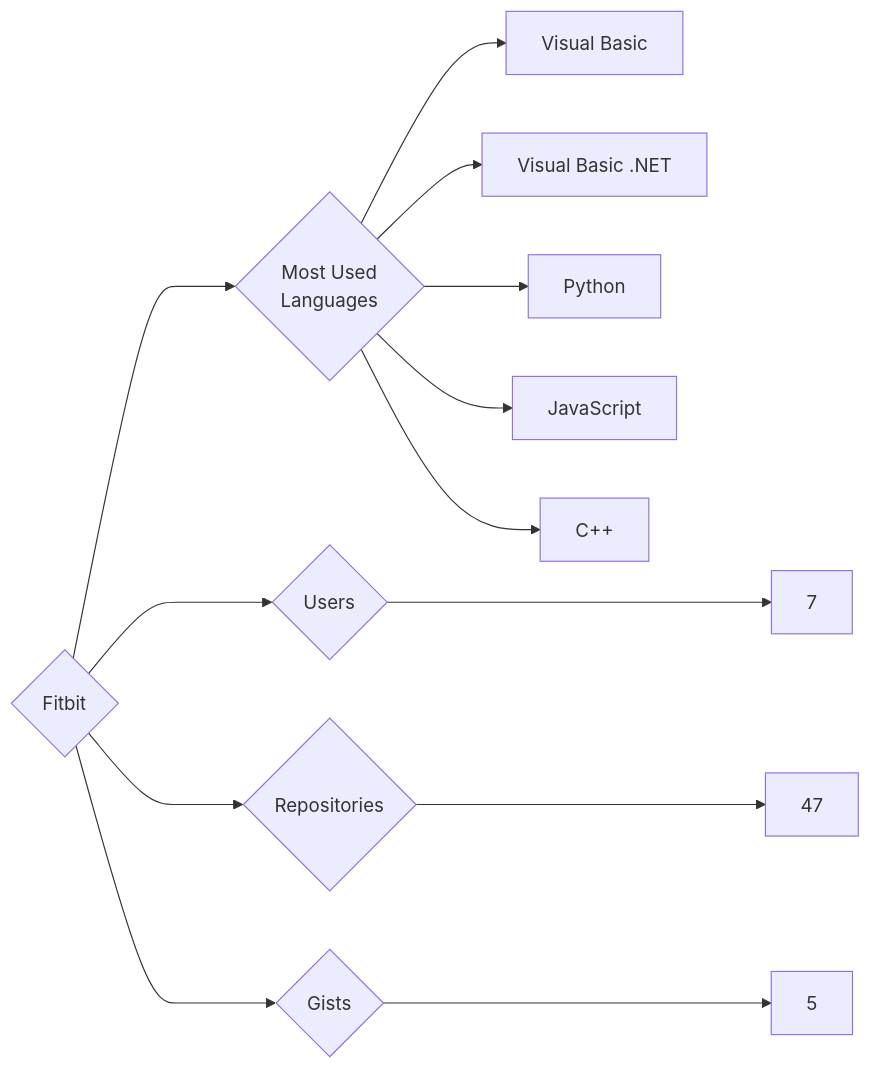
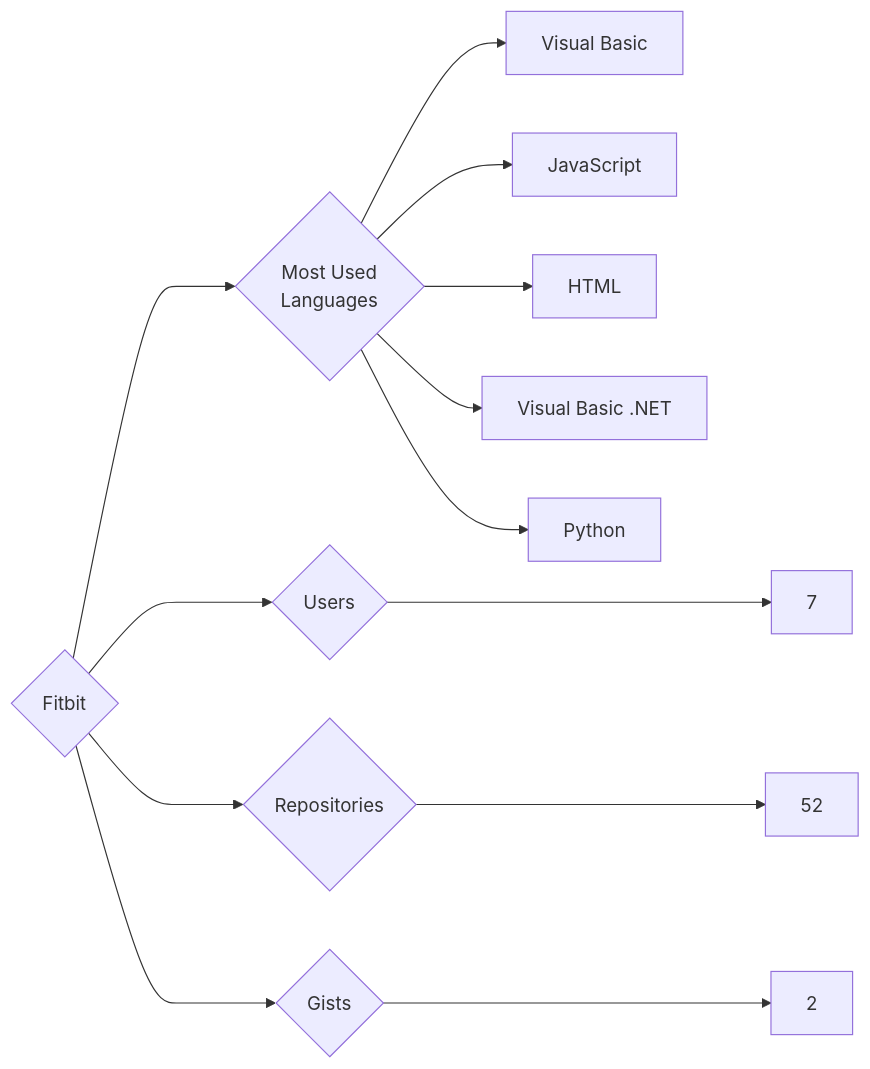
Before and after one commit to trickest/insiders: the diagram in targets/Fitbit/README.md, drawn with Mermaid. The commit also changed 985 other files, not shown here.

````diff
--- a/targets/Fitbit/README.md
+++ b/targets/Fitbit/README.md
@@ -3,13 +3,13 @@
 ```mermaid
 graph LR
 COMPANY_NAME{Fitbit}
 COMPANY_NAME ---> U{Users} ---> UN[7]
-COMPANY_NAME ---> R{Repositories} ---> RN[47]
-COMPANY_NAME ---> G{Gists} ---> GN[5]
+COMPANY_NAME ---> R{Repositories} ---> RN[52]
+COMPANY_NAME ---> G{Gists} ---> GN[2]
 COMPANY_NAME ---> ML{Most Used<br>Languages}
 ML --> Visual_Basic[Visual Basic]
+ML --> JavaScript[JavaScript]
+ML --> HTML[HTML]
 ML --> Visual_Basic_.NET[Visual Basic .NET]
 ML --> Python[Python]
-ML --> JavaScript[JavaScript]
-ML --> C++[C++]
 ```
````
